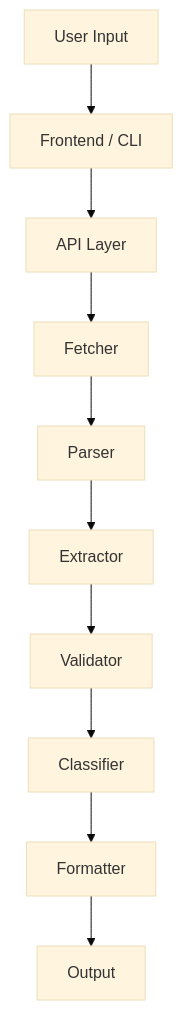
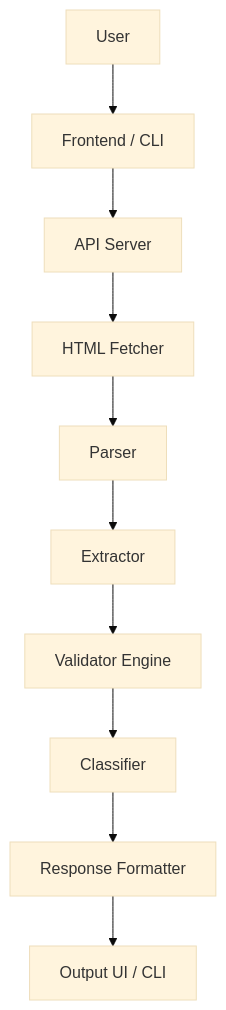
The first of 2 diagrams in README.md (Chhatrapati-sahu-09/broken-link-checker), drawn with Mermaid (base theme) before and after one commit. The commit also changed other lines of this file, not shown here.

````diff
--- a/README.md
+++ b/README.md
@@ -133,12 +198,12 @@
-```mermaid
+```mermaid id="6dff0k"
 flowchart TD
-    A[User Input] --> B[Frontend / CLI]
-    B --> C[API Layer]
-    C --> D[Fetcher]
+    A[User] --> B[Frontend / CLI]
+    B --> C[API Server]
+    C --> D[HTML Fetcher]
     D --> E[Parser]
     E --> F[Extractor]
-    F --> G[Validator]
+    F --> G[Validator Engine]
     G --> H[Classifier]
-    H --> I[Formatter]
-    I --> J[Output]
+    H --> I[Response Formatter]
+    I --> J[Output UI / CLI]
 ```
````
